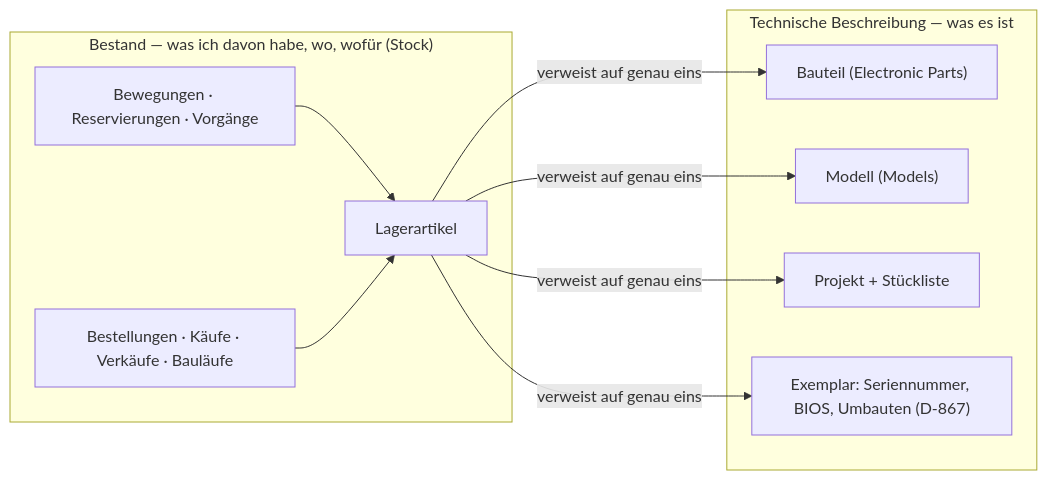
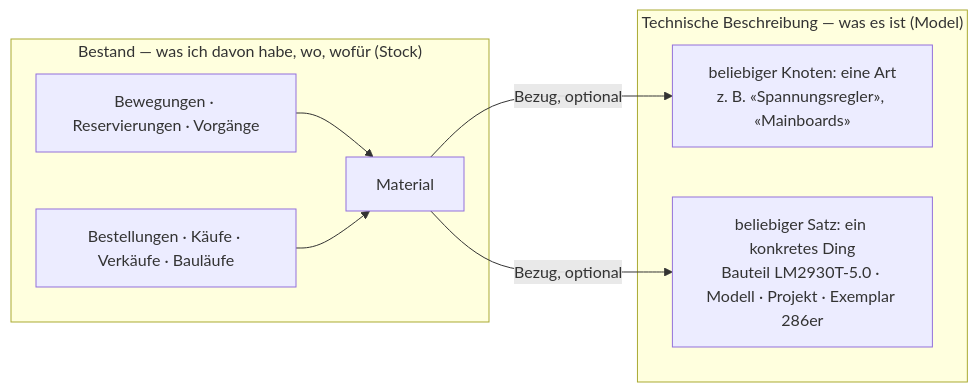
One commit to sfambach/wp-taxonomy-modeler changed the second of 4 diagrams in docs/pakete/lager/konzept.md. Above: the diagram before and after it, drawn with Mermaid. The commit also changed other lines of this file, not shown here.

First line of the commit message:
Stock concept: Material with a free reference to the technical side replaces the stock item; where the Stock branch sits

````diff
--- a/docs/pakete/lager/konzept.md
+++ b/docs/pakete/lager/konzept.md
@@ -58,17 +68,16 @@
 ```mermaid
 flowchart LR
-  subgraph TE["Technische Beschreibung — was es ist"]
-    BT["Bauteil (Electronic Parts)"]
-    MO["Modell (Models)"]
-    PR["Projekt + Stückliste"]
-    EX["Exemplar: Seriennummer, BIOS, Umbauten (D-867)"]
+  subgraph TE["Technische Beschreibung — was es ist (Model)"]
+    K["beliebiger Knoten: eine Art<br/>z. B. «Spannungsregler», «Mainboards»"]
+    S["beliebiger Satz: ein konkretes Ding<br/>Bauteil LM2930T-5.0 · Modell · Projekt · Exemplar 286er"]
   end
   subgraph BS["Bestand — was ich davon habe, wo, wofür (Stock)"]
-    LA["Lagerartikel"]
+    MA["Material"]
     BW["Bewegungen · Reservierungen · Vorgänge"]
     BK["Bestellungen · Käufe · Verkäufe · Bauläufe"]
   end
-  LA -->|verweist auf genau eins| BT & MO & PR & EX
-  BW --> LA
-  BK --> LA
+  MA -->|Bezug, optional| K
+  MA -->|Bezug, optional| S
+  BW --> MA
+  BK --> MA
 ```
````
